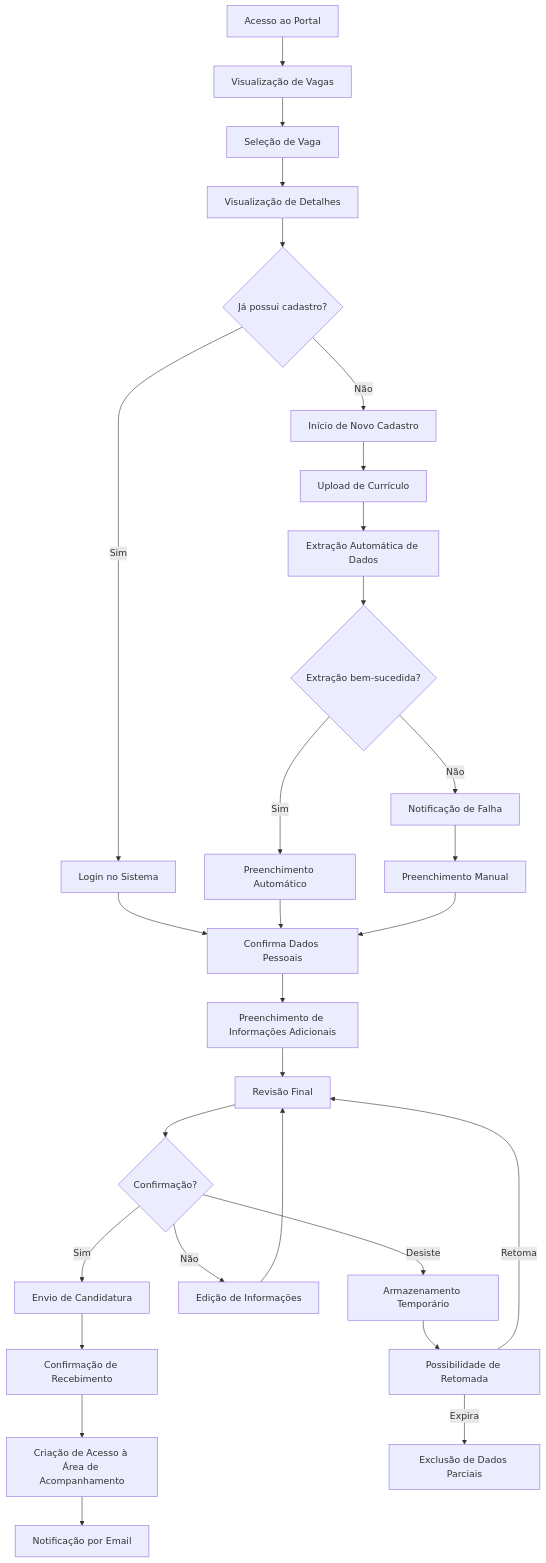
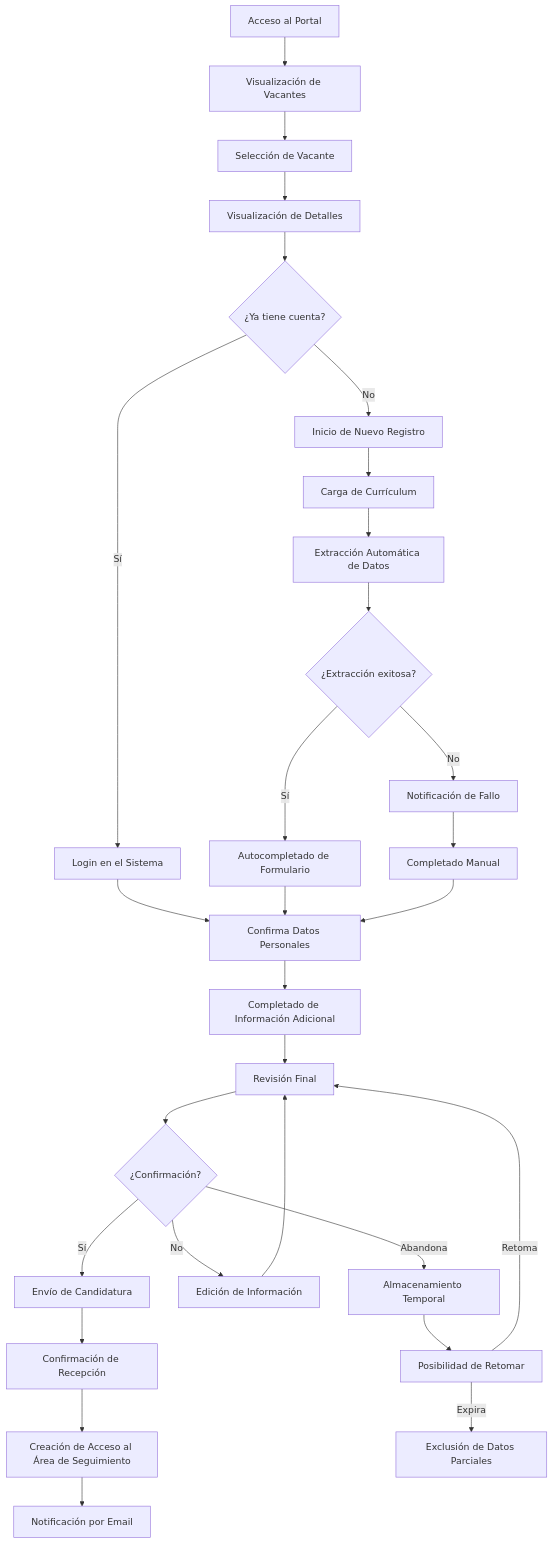
The first of 4 diagrams in vmr-iniciales/vmr-iniciales.md (felipemarin/ai4devs-design-1), drawn with Mermaid before and after one commit. The commit also changed other lines of this file, not shown here.

````diff
--- a/vmr-iniciales/vmr-iniciales.md
+++ b/vmr-iniciales/vmr-iniciales.md
@@ -286,38 +286,38 @@
 ```mermaid
 flowchart TD
-    A[Acesso ao Portal] --> B[Visualização de Vagas]
-    B --> C[Seleção de Vaga]
-    C --> D[Visualização de Detalhes]
-    D --> E{Já possui cadastro?}
+    A[Acceso al Portal] --> B[Visualización de Vacantes]
+    B --> C[Selección de Vacante]
+    C --> D[Visualización de Detalles]
+    D --> E{¿Ya tiene cuenta?}
     
-    E -->|Sim| F[Login no Sistema]
-    E -->|Não| G[Início de Novo Cadastro]
+    E -->|Sí| F[Login en el Sistema]
+    E -->|No| G[Inicio de Nuevo Registro]
     
-    F --> I[Confirma Dados Pessoais]
-    G --> H[Upload de Currículo]
+    F --> I[Confirma Datos Personales]
+    G --> H[Carga de Currículum]
     
-    H --> H1[Extração Automática de Dados]
-    H1 --> H2{Extração bem-sucedida?}
-    H2 -->|Sim| H3[Preenchimento Automático]
-    H2 -->|Não| H4[Notificação de Falha]
-    H4 --> H5[Preenchimento Manual]
+    H --> H1[Extracción Automática de Datos]
+    H1 --> H2{¿Extracción exitosa?}
+    H2 -->|Sí| H3[Autocompletado de Formulario]
+    H2 -->|No| H4[Notificación de Fallo]
+    H4 --> H5[Completado Manual]
     H3 --> I
     H5 --> I
     
-    I --> J[Preenchimento de Informações Adicionais]
-    J --> K[Revisão Final]
-    K --> L{Confirmação?}
+    I --> J[Completado de Información Adicional]
+    J --> K[Revisión Final]
+    K --> L{¿Confirmación?}
     
-    L -->|Sim| M[Envio de Candidatura]
-    L -->|Não| N[Edição de Informações]
+    L -->|Sí| M[Envío de Candidatura]
+    L -->|No| N[Edición de Información]
     N --> K
     
-    M --> O[Confirmação de Recebimento]
-    O --> P[Criação de Acesso à Área de Acompanhamento]
-    P --> Q[Notificação por Email]
+    M --> O[Confirmación de Recepción]
+    O --> P[Creación de Acceso al Área de Seguimiento]
+    P --> Q[Notificación por Email]
     
-    L -->|Desiste| R[Armazenamento Temporário]
-    R --> S[Possibilidade de Retomada]
+    L -->|Abandona| R[Almacenamiento Temporal]
+    R --> S[Posibilidad de Retomar]
     S -->|Retoma| K
-    S -->|Expira| T[Exclusão de Dados Parciais]
+    S -->|Expira| T[Exclusión de Datos Parciales]
 ```
````
